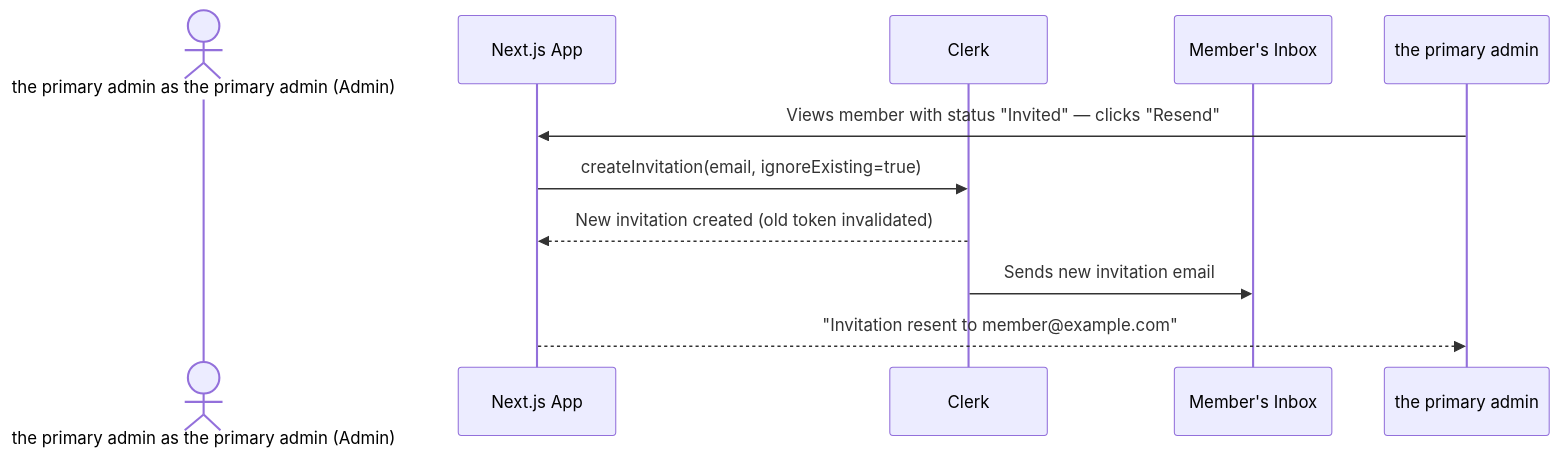
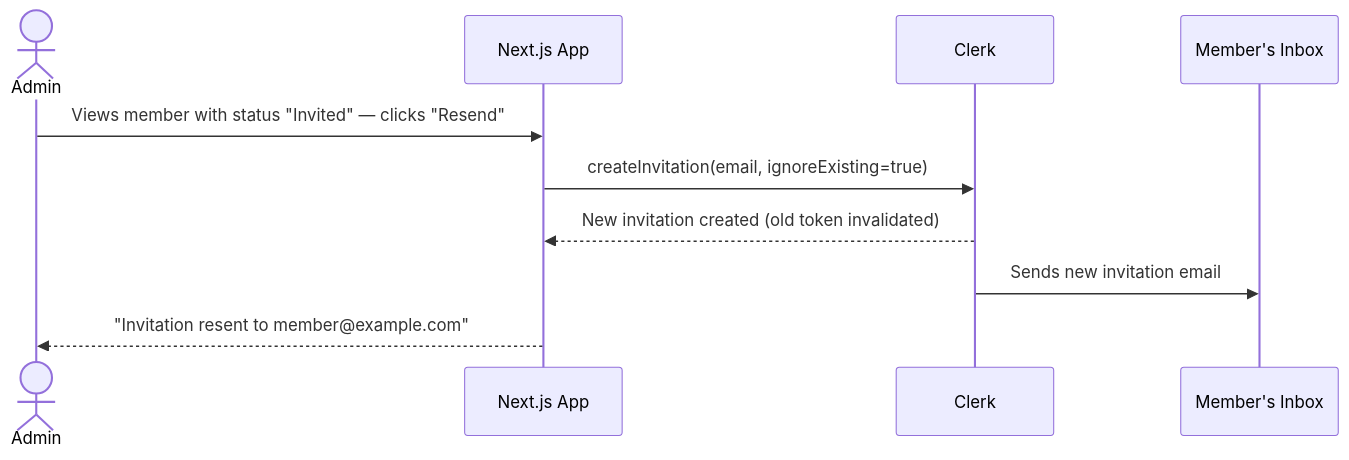
Before and after one commit to spencerevison/nsi-portal: the fourth of 4 diagrams in docs/nsi-portal-onboarding-flow-design.md, drawn with Mermaid. The commit also changed other lines of this file and 4 other files, not shown here.

Commit message:
docs: tighten mermaid actor names and prose grammar in design docs

````diff
--- a/docs/nsi-portal-onboarding-flow-design.md
+++ b/docs/nsi-portal-onboarding-flow-design.md
@@ -112,13 +112,13 @@
 ```mermaid
 sequenceDiagram
-    actor the primary admin as the primary admin (Admin)
+    actor Admin
     participant App as Next.js App
     participant CK as Clerk
     participant Email as Member's Inbox
 
-    the primary admin->>App: Views member with status "Invited" — clicks "Resend"
+    Admin->>App: Views member with status "Invited" — clicks "Resend"
     App->>CK: createInvitation(email, ignoreExisting=true)
     CK-->>App: New invitation created (old token invalidated)
     CK->>Email: Sends new invitation email
-    App-->>the primary admin: "Invitation resent to member@example.com"
+    App-->>Admin: "Invitation resent to member@example.com"
 ```
````
